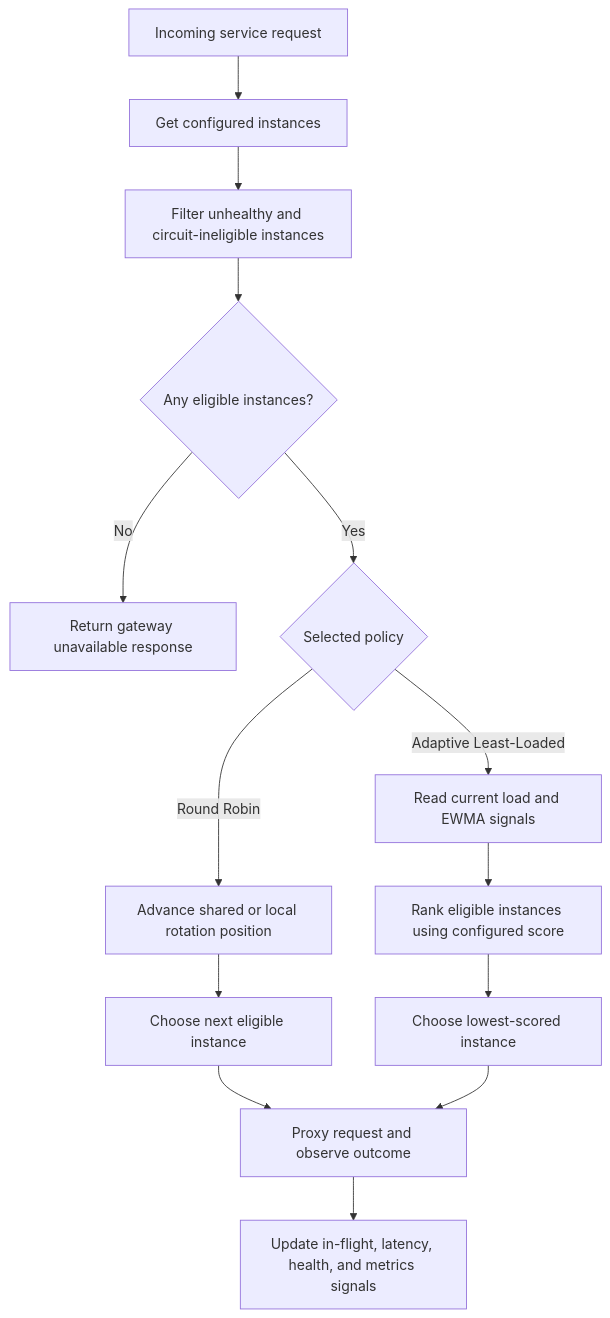
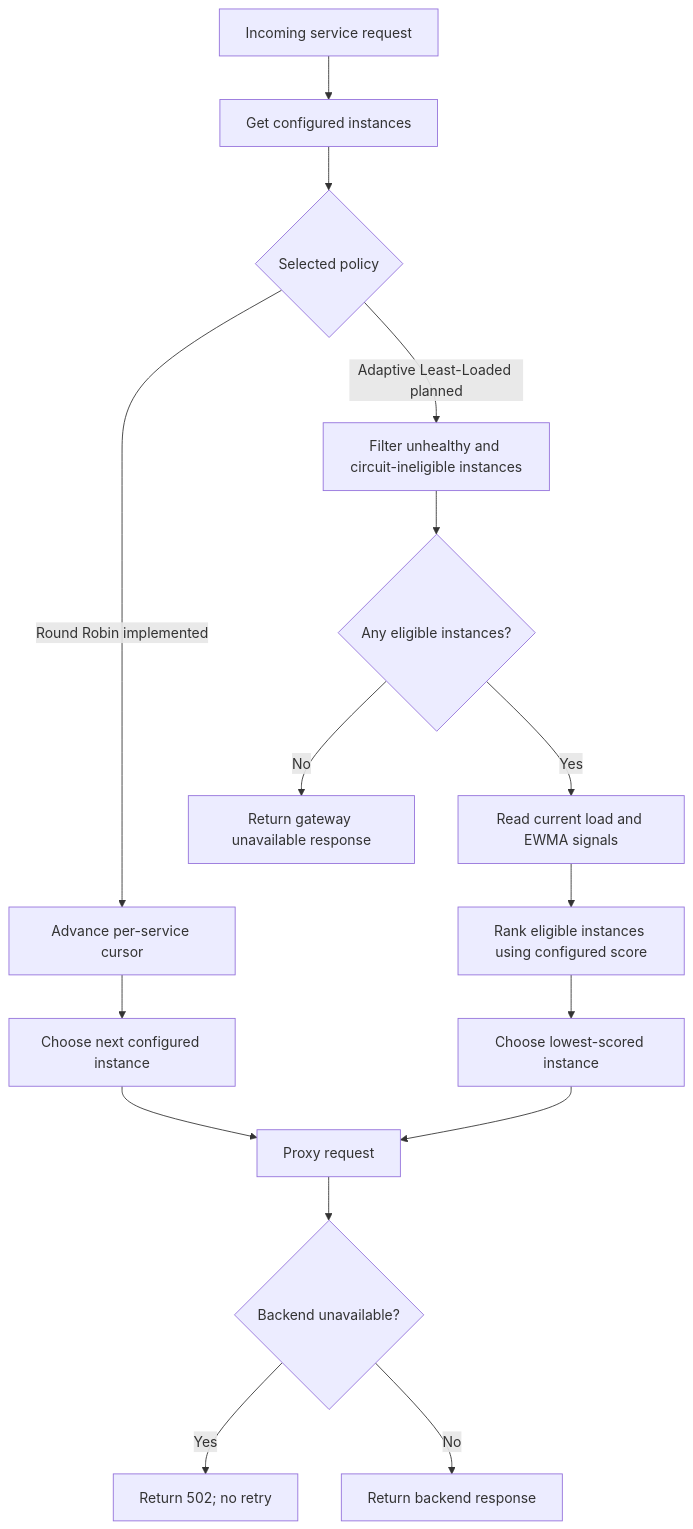
The third of 4 diagrams in ARCHITECTURE.md (Yushi7/IntelliGate), drawn with Mermaid before and after one commit. The commit also changed other lines of this file and 9 other files, not shown here.

Commit message:
feat: add per-service round robin load balancing

````diff
--- a/ARCHITECTURE.md
+++ b/ARCHITECTURE.md
@@ -138,16 +140,18 @@
 ```mermaid
 flowchart TD
     Start[Incoming service request] --> Pool[Get configured instances]
-    Pool --> Filter[Filter unhealthy and circuit-ineligible instances]
+    Pool --> Policy{Selected policy}
+    Policy -->|Round Robin implemented| RR[Advance per-service cursor]
+    RR --> RRChoice[Choose next configured instance]
+    Policy -->|Adaptive Least-Loaded planned| Filter[Filter unhealthy and circuit-ineligible instances]
     Filter --> Empty{Any eligible instances?}
     Empty -->|No| Fail[Return gateway unavailable response]
-    Empty -->|Yes| Policy{Selected policy}
-    Policy -->|Round Robin| RR[Advance shared or local rotation position]
-    RR --> RRChoice[Choose next eligible instance]
-    Policy -->|Adaptive Least-Loaded| Signals[Read current load and EWMA signals]
+    Empty -->|Yes| Signals[Read current load and EWMA signals]
     Signals --> Score[Rank eligible instances using configured score]
     Score --> AdaptiveChoice[Choose lowest-scored instance]
-    RRChoice --> Proxy[Proxy request and observe outcome]
+    RRChoice --> Proxy[Proxy request]
     AdaptiveChoice --> Proxy
-    Proxy --> Update[Update in-flight, latency, health, and metrics signals]
+    Proxy --> Failure{Backend unavailable?}
+    Failure -->|Yes| BadGateway[Return 502; no retry]
+    Failure -->|No| Response[Return backend response]
 ```
````
